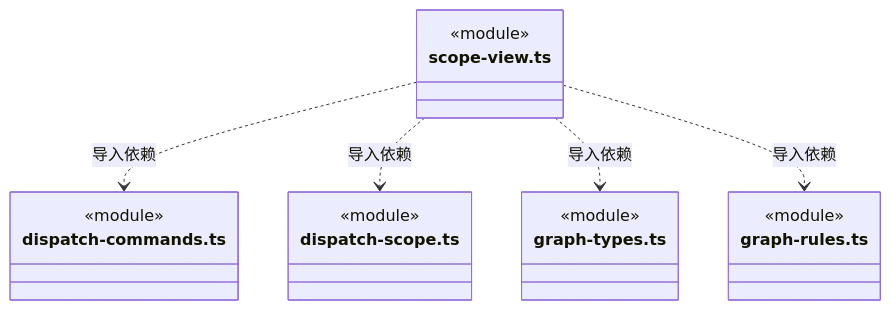
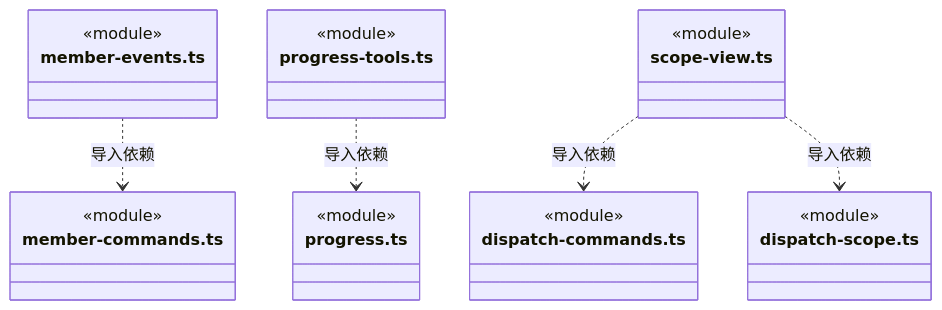
Diagram 44 of 47 in src/backend/core/tasks/ARCHITECTURE.md (nan023062/cbim), drawn with Mermaid before and after one commit. The commit also changed other lines of this file and 55 other files, not shown here.

````diff
--- a/src/backend/core/tasks/ARCHITECTURE.md
+++ b/src/backend/core/tasks/ARCHITECTURE.md
@@ -1097,22 +1125,28 @@
 ```mermaid
 classDiagram
+class N_src_backend_core_tasks_member_events_ts["member-events.ts"] {
+  <<module>>
+}
+class N_src_backend_core_tasks_member_commands_ts["member-commands.ts"] {
+  <<module>>
+}
+class N_src_backend_core_tasks_progress_tools_ts["progress-tools.ts"] {
+  <<module>>
+}
+class N_src_backend_core_tasks_progress_ts["progress.ts"] {
+  <<module>>
+}
 class N_src_backend_core_tasks_scope_view_ts["scope-view.ts"] {
   <<module>>
 }
 class N_src_backend_core_tasks_dispatch_commands_ts["dispatch-commands.ts"] {
   <<module>>
 }
 class N_src_backend_core_tasks_dispatch_scope_ts["dispatch-scope.ts"] {
   <<module>>
 }
-class N_src_backend_core_tasks_graph_types_ts["graph-types.ts"] {
-  <<module>>
-}
-class N_src_backend_core_tasks_graph_rules_ts["graph-rules.ts"] {
-  <<module>>
-}
+N_src_backend_core_tasks_member_events_ts ..> N_src_backend_core_tasks_member_commands_ts : 导入依赖
+N_src_backend_core_tasks_progress_tools_ts ..> N_src_backend_core_tasks_progress_ts : 导入依赖
 N_src_backend_core_tasks_scope_view_ts ..> N_src_backend_core_tasks_dispatch_commands_ts : 导入依赖
 N_src_backend_core_tasks_scope_view_ts ..> N_src_backend_core_tasks_dispatch_scope_ts : 导入依赖
-N_src_backend_core_tasks_scope_view_ts ..> N_src_backend_core_tasks_graph_types_ts : 导入依赖
-N_src_backend_core_tasks_scope_view_ts ..> N_src_backend_core_tasks_graph_rules_ts : 导入依赖
 ```
````
